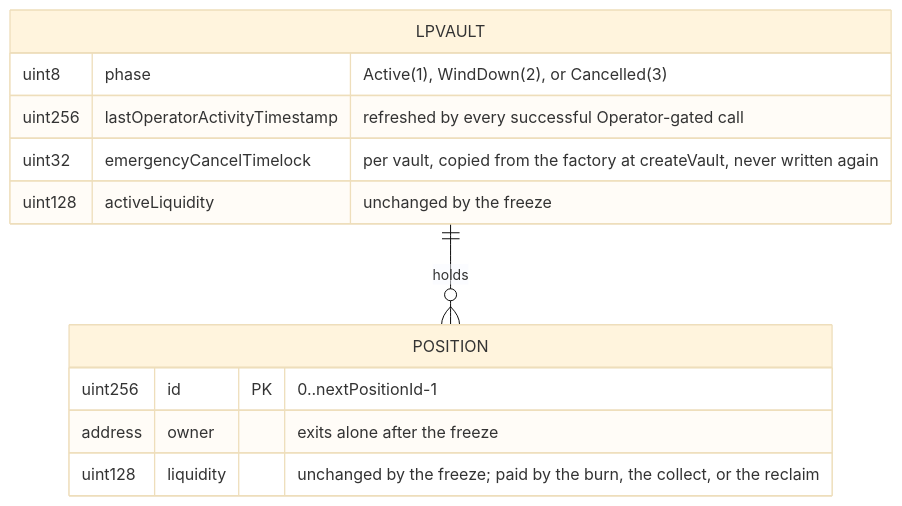
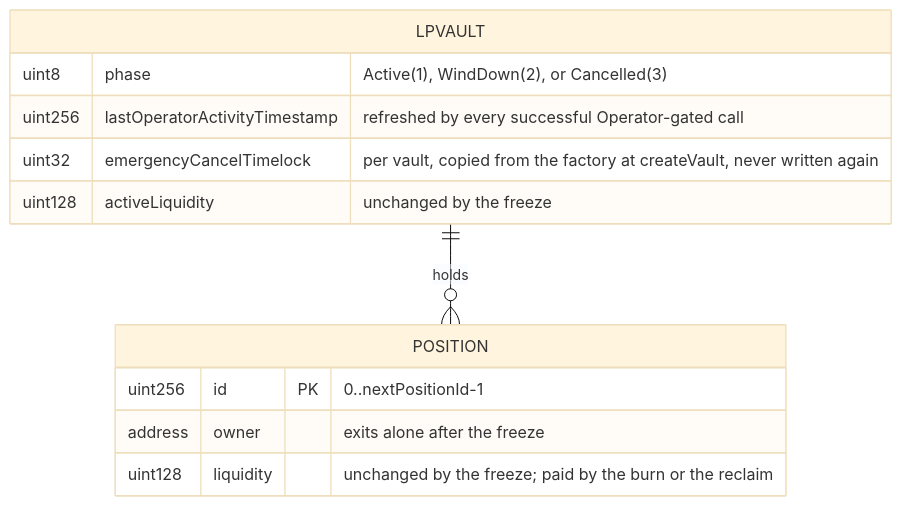
Before and after one commit to ProphetMarket/lp-vaults: the third of 4 diagrams in specs/features/contracts/FEAT-JXQO-emergency-cancel-all-positions/ARCHITECTURE.md, drawn with Mermaid (base theme). The commit also changed other lines of this file and 73 other files, not shown here.

````diff
--- a/specs/features/contracts/FEAT-JXQO-emergency-cancel-all-positions/ARCHITECTURE.md
+++ b/specs/features/contracts/FEAT-JXQO-emergency-cancel-all-positions/ARCHITECTURE.md
@@ -45,15 +45,15 @@
 ```mermaid
 erDiagram
     LPVAULT {
         uint8 phase "Active(1), WindDown(2), or Cancelled(3)"
         uint256 lastOperatorActivityTimestamp "refreshed by every successful Operator-gated call"
         uint32 emergencyCancelTimelock "per vault, copied from the factory at createVault, never written again"
         uint128 activeLiquidity "unchanged by the freeze"
     }
     LPVAULT ||--o{ POSITION : "holds"
     POSITION {
         uint256 id PK "0..nextPositionId-1"
         address owner "exits alone after the freeze"
-        uint128 liquidity "unchanged by the freeze; paid by the burn, the collect, or the reclaim"
+        uint128 liquidity "unchanged by the freeze; paid by the burn or the reclaim"
     }
 ```
````
